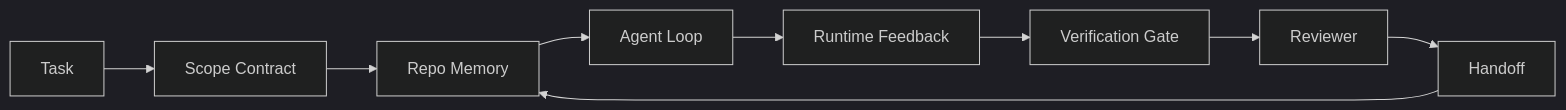
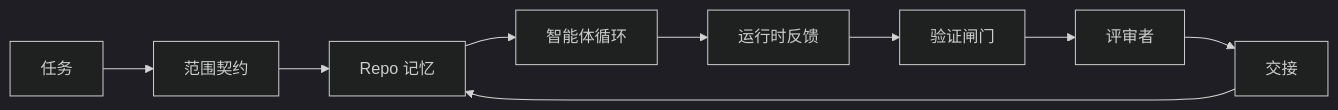
Before and after one commit to husky1102/ai-engineering-from-scratch-zh: the diagram in phases/14-agent-engineering/31-agent-workbench-why-models-fail/docs/zh-CN.md, drawn with Mermaid (dark theme). The commit also changed other lines of this file and 1 other file, not shown here.

Commit message:
fix(phase-14/31): polish zh-CN agent workbench lesson

````diff
--- a/phases/14-agent-engineering/31-agent-workbench-why-models-fail/docs/zh-CN.md
+++ b/phases/14-agent-engineering/31-agent-workbench-why-models-fail/docs/zh-CN.md
@@ -41,11 +41,11 @@
 ```mermaid
 flowchart LR
-  Task[Task] --> Scope[Scope Contract]
-  Scope --> State[Repo Memory]
-  State --> Agent[Agent Loop]
-  Agent --> Feedback[Runtime Feedback]
-  Feedback --> Verify[Verification Gate]
-  Verify --> Review[Reviewer]
-  Review --> Handoff[Handoff]
+  Task[任务] --> Scope[范围契约]
+  Scope --> State[Repo 记忆]
+  State --> Agent[智能体循环]
+  Agent --> Feedback[运行时反馈]
+  Feedback --> Verify[验证闸门]
+  Verify --> Review[评审者]
+  Review --> Handoff[交接]
   Handoff --> State
 ```
````
